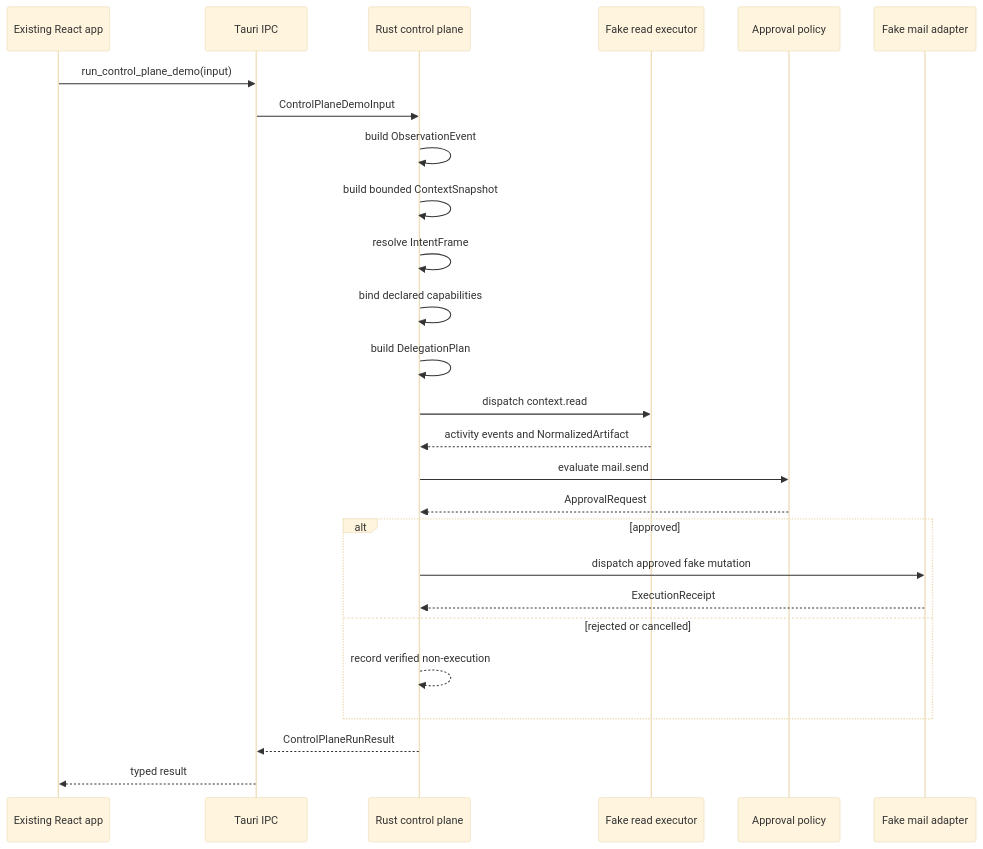
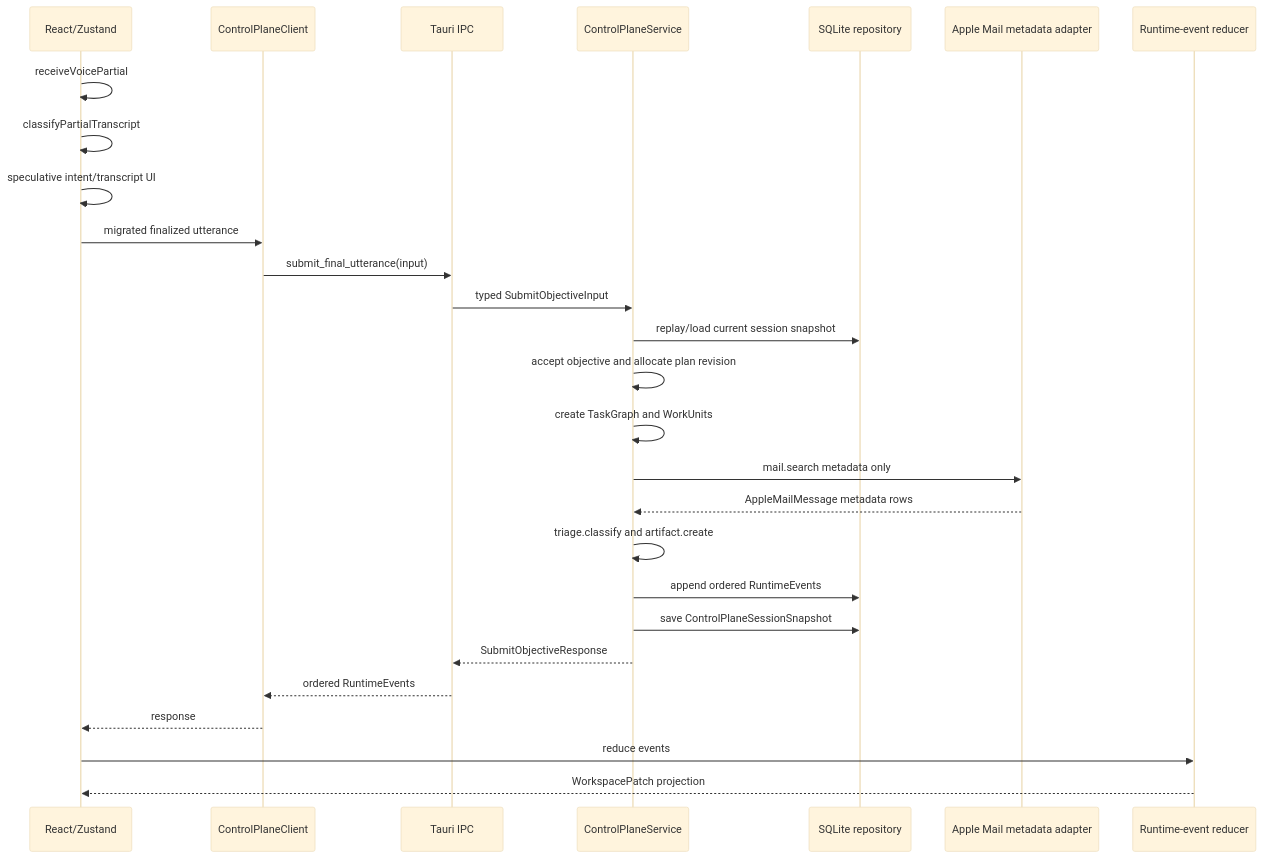
One commit to gother111/adaptive-surface changed the diagram in docs/architecture/runtime-sequence.md. Above: the diagram before and after it, drawn with Mermaid (base theme). The commit also changed other lines of this file and 20 other files, not shown here.

Commit message:
feat: make rust control plane live authority

````diff
--- a/docs/architecture/runtime-sequence.md
+++ b/docs/architecture/runtime-sequence.md
@@ -5,29 +6,31 @@
 ```mermaid
 sequenceDiagram
-  participant UI as Existing React app
+  participant UI as React/Zustand
+  participant Client as ControlPlaneClient
   participant IPC as Tauri IPC
-  participant CP as Rust control plane
-  participant Read as Fake read executor
-  participant Policy as Approval policy
-  participant Mut as Fake mail adapter
+  participant CP as ControlPlaneService
+  participant Repo as SQLite repository
+  participant Mail as Apple Mail metadata adapter
+  participant Reducer as Runtime-event reducer
 
-  UI->>IPC: run_control_plane_demo(input)
-  IPC->>CP: ControlPlaneDemoInput
-  CP->>CP: build ObservationEvent
-  CP->>CP: build bounded ContextSnapshot
-  CP->>CP: resolve IntentFrame
-  CP->>CP: bind declared capabilities
-  CP->>CP: build DelegationPlan
-  CP->>Read: dispatch context.read
-  Read-->>CP: activity events and NormalizedArtifact
-  CP->>Policy: evaluate mail.send
-  Policy-->>CP: ApprovalRequest
-  alt approved
-    CP->>Mut: dispatch approved fake mutation
-    Mut-->>CP: ExecutionReceipt
-  else rejected or cancelled
-    CP-->>CP: record verified non-execution
-  end
-  CP-->>IPC: ControlPlaneRunResult
-  IPC-->>UI: typed result
+  UI->>UI: receiveVoicePartial
+  UI->>UI: classifyPartialTranscript
+  UI->>UI: speculative intent/transcript UI
+
+  UI->>Client: migrated finalized utterance
+  Client->>IPC: submit_final_utterance(input)
+  IPC->>CP: typed SubmitObjectiveInput
+  CP->>Repo: replay/load current session snapshot
+  CP->>CP: accept objective and allocate plan revision
+  CP->>CP: create TaskGraph and WorkUnits
+  CP->>Mail: mail.search metadata only
+  Mail-->>CP: AppleMailMessage metadata rows
+  CP->>CP: triage.classify and artifact.create
+  CP->>Repo: append ordered RuntimeEvents
+  CP->>Repo: save ControlPlaneSessionSnapshot
+  CP-->>IPC: SubmitObjectiveResponse
+  IPC-->>Client: ordered RuntimeEvents
+  Client-->>UI: response
+  UI->>Reducer: reduce events
+  Reducer-->>UI: WorkspacePatch projection
 ```
````
